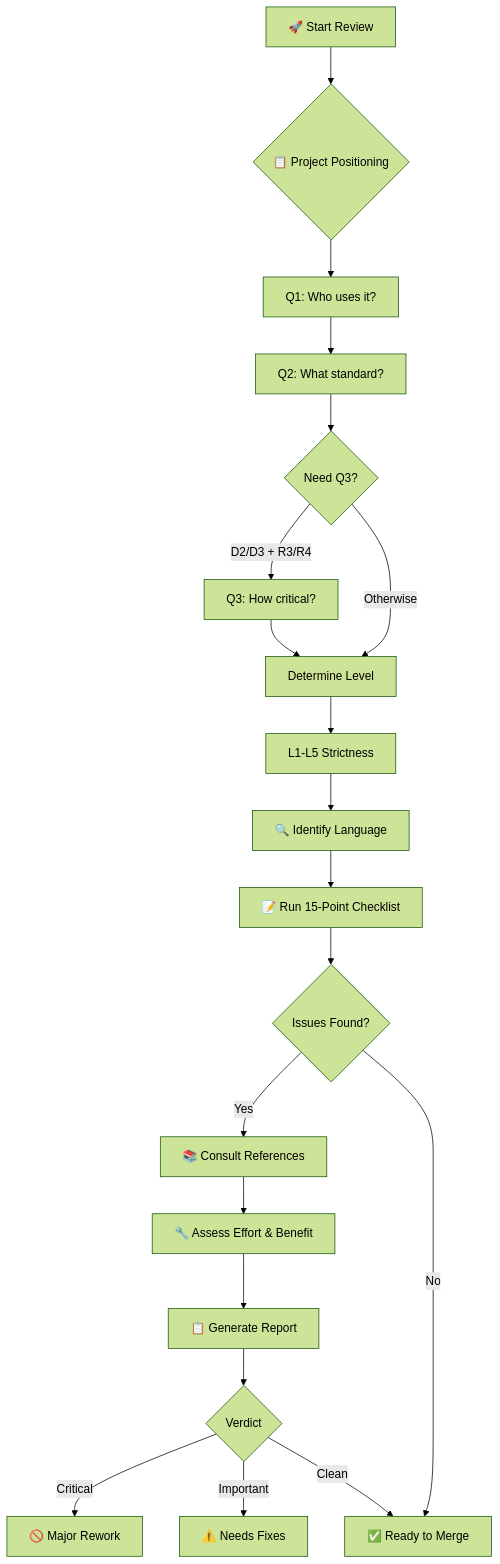
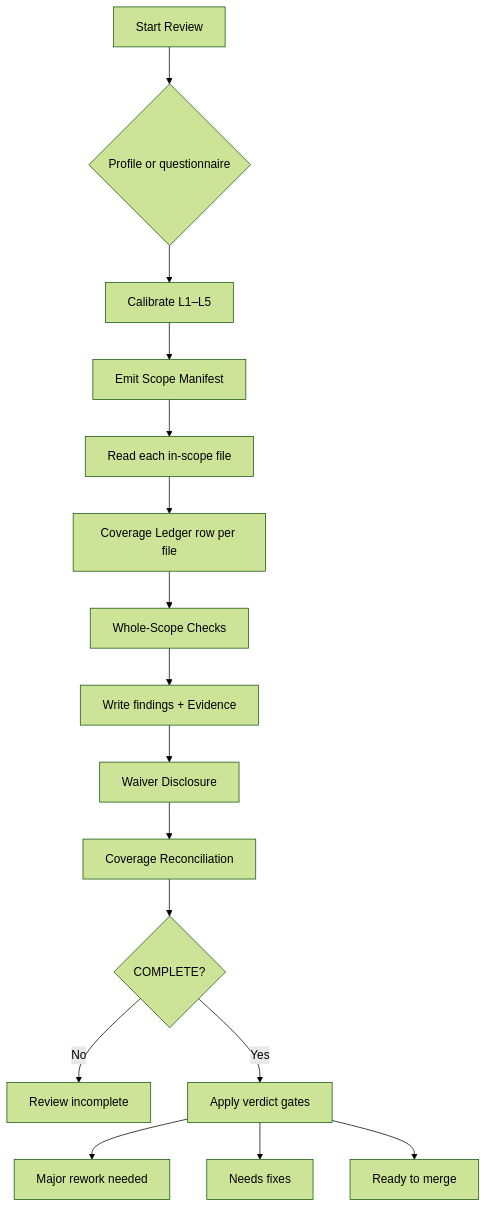
The diagram in docs/features.md (Zhen-Bo/pragmatic-clean-code-reviewer), drawn with Mermaid (forest theme) before and after one commit. The commit also changed other lines of this file and 2 other files, not shown here.

````diff
--- a/docs/features.md
+++ b/docs/features.md
@@ -128,27 +189,20 @@
 ```mermaid
 flowchart TD
-    A[🚀 Start Review] --> B{📋 Project Positioning}
-    B --> C[Q1: Who uses it?]
-    C --> D[Q2: What standard?]
-    D --> E{Need Q3?}
-    
-    E -->|D2/D3 + R3/R4| F[Q3: How critical?]
-    E -->|Otherwise| G[Determine Level]
-    F --> G
-    
-    G --> H[L1-L5 Strictness]
-    H --> I[🔍 Identify Language]
-    I --> J[📝 Run 15-Point Checklist]
-    J --> K{Issues Found?}
+    A[Start Review] --> B{Profile or questionnaire}
+    B --> C[Calibrate L1–L5]
+    C --> D[Emit Scope Manifest]
+    D --> E[Read each in-scope file]
+    E --> F[Coverage Ledger row per file]
+    F --> G[Whole-Scope Checks]
+    G --> H[Write findings + Evidence]
+    H --> I[Waiver Disclosure]
+    I --> J[Coverage Reconciliation]
+    J --> K{COMPLETE?}
 
-    K -->|Yes| L[📚 Consult References]
-    K -->|No| M[✅ Ready to Merge]
+    K -->|No| L[Review incomplete]
+    K -->|Yes| M[Apply verdict gates]
 
-    L --> L2[🔧 Assess Effort & Benefit]
-    L2 --> N[📋 Generate Report]
-    N --> O{Verdict}
-
-    O -->|Critical| P[🚫 Major Rework]
-    O -->|Important| Q[⚠️ Needs Fixes]
-    O -->|Clean| M
+    M --> N[Major rework needed]
+    M --> O[Needs fixes]
+    M --> P[Ready to merge]
 ```
````
